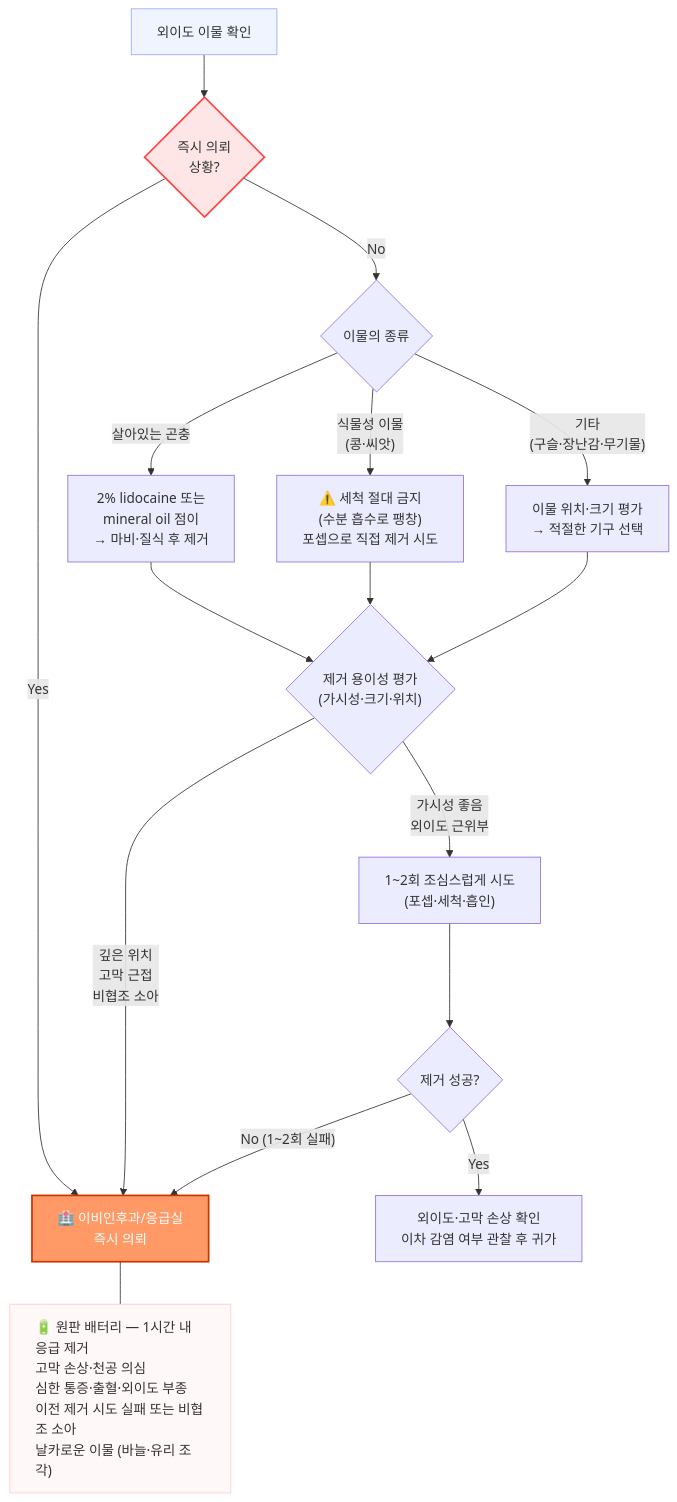
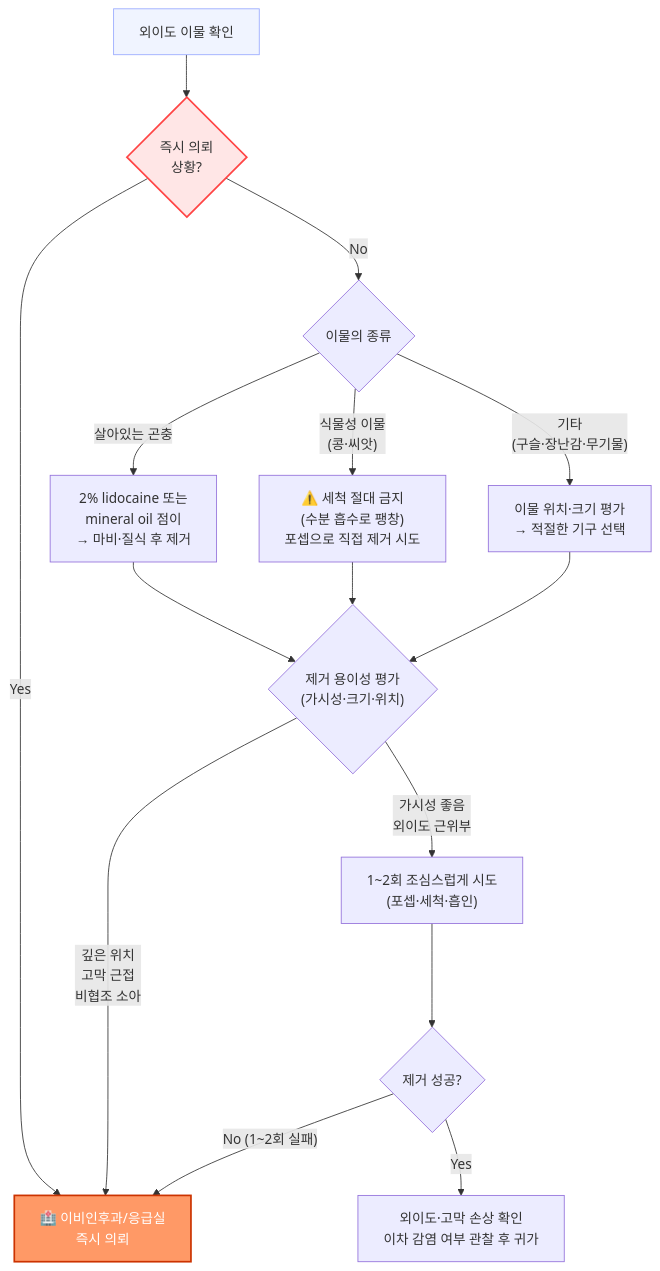
The diagram in 222_/049_-ear-injury.md (familyoh77/familyoh77), drawn with Mermaid before and after one commit. The commit also changed other lines of this file, not shown here.

````diff
--- a/222_/049_-ear-injury.md
+++ b/222_/049_-ear-injury.md
@@ -117,29 +117,26 @@
 ```mermaid
 graph TD
     Start["외이도 이물 확인"] --> RedFlags{"즉시 의뢰\n상황?"}
 
     RedFlags -- "Yes" --> Refer["🏥 이비인후과/응급실\n즉시 의뢰"]
     RedFlags -- "No" --> FBType{"이물의 종류"}
-
-    Refer --- ReferBox["🔋 원판 배터리 — 1시간 내 응급 제거\n고막 손상·천공 의심\n심한 통증·출혈·외이도 부종\n이전 제거 시도 실패 또는 비협조 소아\n날카로운 이물 (바늘·유리 조각)"]
 
     FBType -- "살아있는 곤충" --> Insect["2% lidocaine 또는\nmineral oil 점이\n→ 마비·질식 후 제거"]
     FBType -- "식물성 이물\n(콩·씨앗)" --> Vegetable["⚠️ 세척 절대 금지\n(수분 흡수로 팽창)\n포셉으로 직접 제거 시도"]
     FBType -- "기타\n(구슬·장난감·무기물)" --> General["이물 위치·크기 평가\n→ 적절한 기구 선택"]
 
     Insect --> Attempt{"제거 용이성 평가\n(가시성·크기·위치)"}
     Vegetable --> Attempt
     General --> Attempt
 
     Attempt -- "가시성 좋음\n외이도 근위부" --> Procedure["1~2회 조심스럽게 시도\n(포셉·세척·흡인)"]
     Attempt -- "깊은 위치\n고막 근접\n비협조 소아" --> Refer
 
     Procedure --> Success{"제거 성공?"}
     Success -- "No (1~2회 실패)" --> Refer
     Success -- "Yes" --> FollowUp["외이도·고막 손상 확인\n이차 감염 여부 관찰 후 귀가"]
 
     style Start fill:#f0f4ff,stroke:#99aaff
     style RedFlags fill:#ffe6e6,stroke:#ff4444,stroke-width:2px
     style Refer fill:#ff9966,stroke:#cc3300,stroke-width:2px,color:#fff
-    style ReferBox fill:#fff8f8,stroke:#ffcccc,text-align:left
 ```
````
